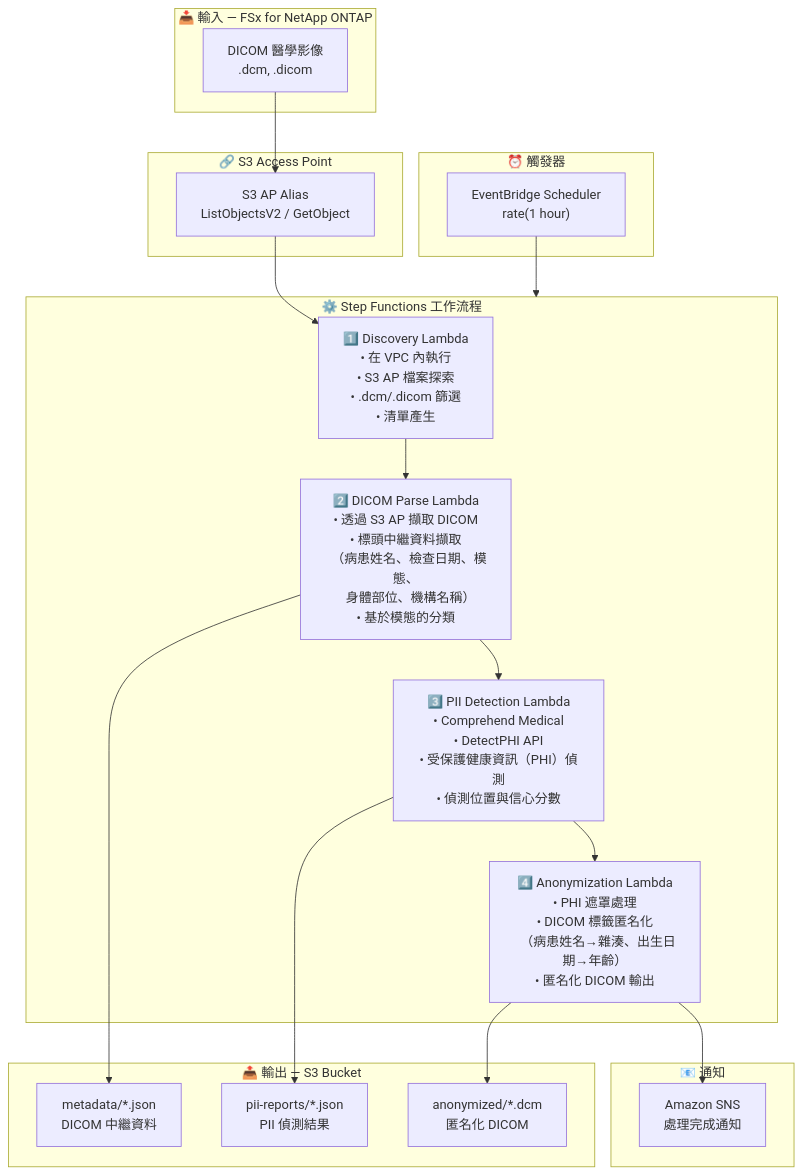
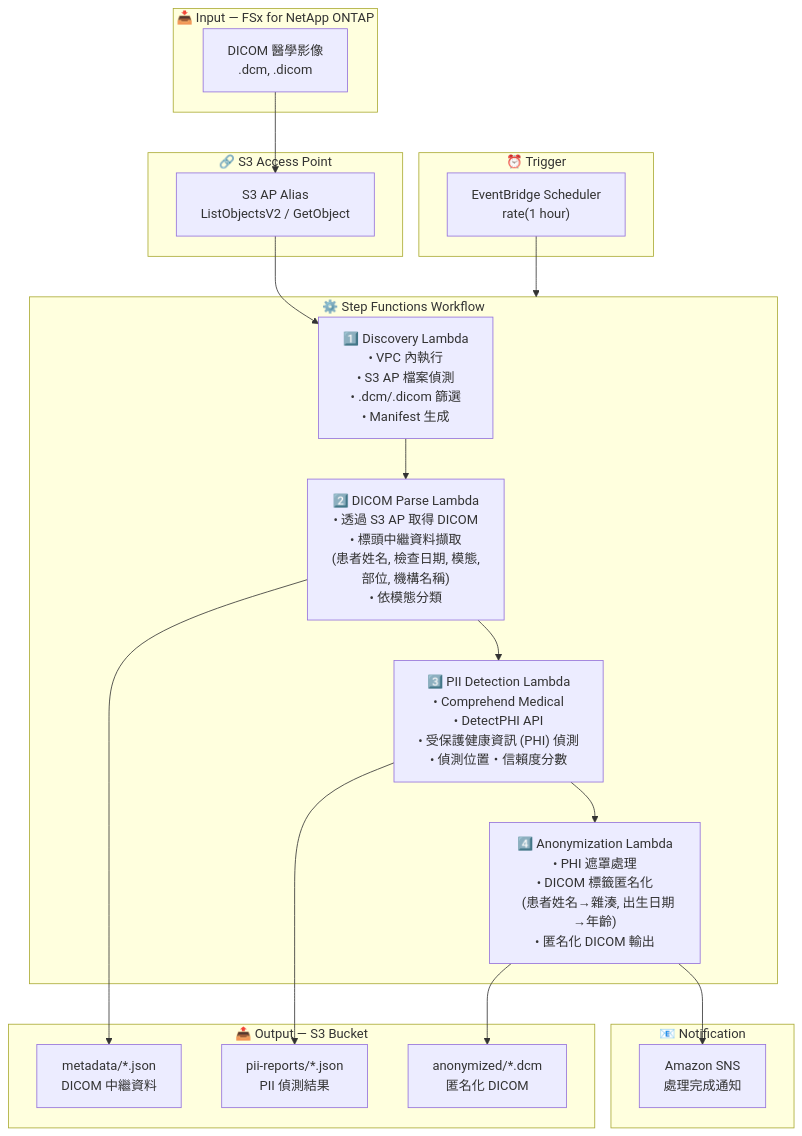
One commit to Yoshiki0705/FSx-for-ONTAP-S3AccessPoints-Serverless-Patterns changed the diagram in healthcare-dicom/docs/architecture.zh-TW.md. Above: the diagram before and after it, drawn with Mermaid. The commit also changed other lines of this file and 54 other files, not shown here.

````diff
--- a/healthcare-dicom/docs/architecture.zh-TW.md
+++ b/healthcare-dicom/docs/architecture.zh-TW.md
@@ -11,42 +13,42 @@
 ```mermaid
 flowchart TB
-    subgraph INPUT["📥 輸入 — FSx for NetApp ONTAP"]
+    subgraph INPUT["📥 Input — FSx for NetApp ONTAP"]
         DICOM["DICOM 醫學影像<br/>.dcm, .dicom"]
     end
 
     subgraph S3AP["🔗 S3 Access Point"]
         ALIAS["S3 AP Alias<br/>ListObjectsV2 / GetObject"]
     end
 
-    subgraph TRIGGER["⏰ 觸發器"]
+    subgraph TRIGGER["⏰ Trigger"]
         EB["EventBridge Scheduler<br/>rate(1 hour)"]
     end
 
-    subgraph SFN["⚙️ Step Functions 工作流程"]
-        DISC["1️⃣ Discovery Lambda<br/>• 在 VPC 內執行<br/>• S3 AP 檔案探索<br/>• .dcm/.dicom 篩選<br/>• 清單產生"]
-        DP["2️⃣ DICOM Parse Lambda<br/>• 透過 S3 AP 擷取 DICOM<br/>• 標頭中繼資料擷取<br/>  （病患姓名、檢查日期、模態、<br/>   身體部位、機構名稱）<br/>• 基於模態的分類"]
-        PII["3️⃣ PII Detection Lambda<br/>• Comprehend Medical<br/>• DetectPHI API<br/>• 受保護健康資訊（PHI）偵測<br/>• 偵測位置與信心分數"]
-        ANON["4️⃣ Anonymization Lambda<br/>• PHI 遮罩處理<br/>• DICOM 標籤匿名化<br/>  （病患姓名→雜湊、出生日期→年齡）<br/>• 匿名化 DICOM 輸出"]
+    subgraph SFN["⚙️ Step Functions Workflow"]
+        DISC["1️⃣ Discovery Lambda<br/>• VPC 內執行<br/>• S3 AP 檔案偵測<br/>• .dcm/.dicom 篩選<br/>• Manifest 生成"]
+        DP["2️⃣ DICOM Parse Lambda<br/>• 透過 S3 AP 取得 DICOM<br/>• 標頭中繼資料擷取<br/>  (患者姓名, 檢查日期, 模態,<br/>   部位, 機構名稱)<br/>• 依模態分類"]
+        PII["3️⃣ PII Detection Lambda<br/>• Comprehend Medical<br/>• DetectPHI API<br/>• 受保護健康資訊 (PHI) 偵測<br/>• 偵測位置・信賴度分數"]
+        ANON["4️⃣ Anonymization Lambda<br/>• PHI 遮罩處理<br/>• DICOM 標籤匿名化<br/>  (患者姓名→雜湊, 出生日期→年齡)<br/>• 匿名化 DICOM 輸出"]
     end
 
-    subgraph OUTPUT["📤 輸出 — S3 Bucket"]
+    subgraph OUTPUT["📤 Output — S3 Bucket"]
         META["metadata/*.json<br/>DICOM 中繼資料"]
         PIIR["pii-reports/*.json<br/>PII 偵測結果"]
         ANOND["anonymized/*.dcm<br/>匿名化 DICOM"]
     end
 
-    subgraph NOTIFY["📧 通知"]
+    subgraph NOTIFY["📧 Notification"]
         SNS["Amazon SNS<br/>處理完成通知"]
     end
 
     DICOM --> ALIAS
     ALIAS --> DISC
     EB --> SFN
     DISC --> DP
     DP --> PII
     PII --> ANON
     DP --> META
     PII --> PIIR
     ANON --> ANOND
     ANON --> SNS
 ```
````
